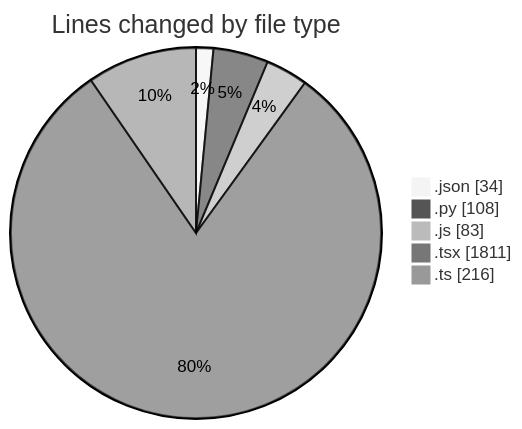
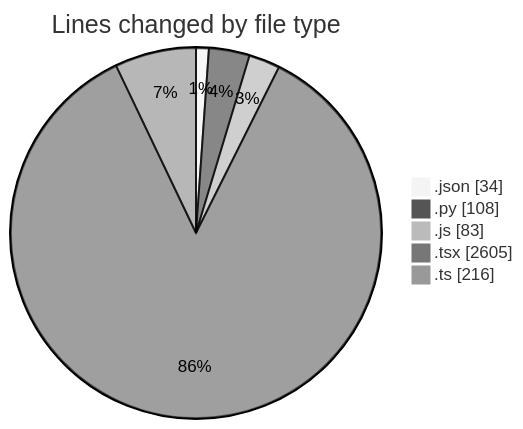
The first of 2 diagrams in 2026-07-28/nxtqube_webapp/README.md (nxtqubesakshisongat/code-tracking), drawn with Mermaid (neutral theme) before and after one commit. The commit also changed other lines of this file and 1 other file, not shown here.

````diff
--- a/2026-07-28/nxtqube_webapp/README.md
+++ b/2026-07-28/nxtqube_webapp/README.md
@@ -31,9 +32,9 @@
 ```mermaid
 pie showData
 title Lines changed by file type
 ".json" : 34
 ".py" : 108
 ".js" : 83
-".tsx" : 1811
+".tsx" : 2605
 ".ts" : 216
 ```
````
